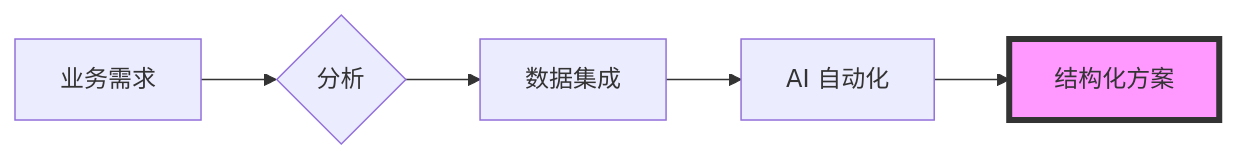
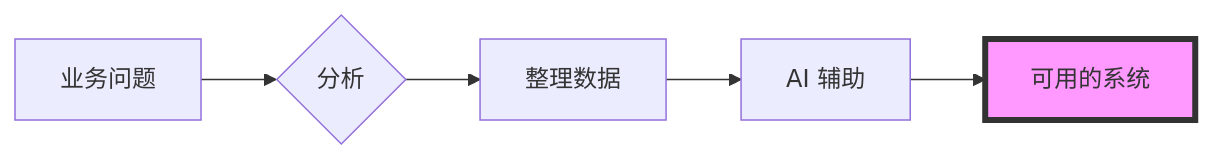
One commit to welltilln/welltilln changed the diagram in docs/README-ZH.md. Above: the diagram before and after it, drawn with Mermaid. The commit also changed other lines of this file and 3 other files, not shown here.

````diff
--- a/docs/README-ZH.md
+++ b/docs/README-ZH.md
@@ -116,9 +112,9 @@
 ```mermaid
 graph LR
-    A[业务需求] --> B{分析}
-    B --> C[数据集成]
-    C --> D[AI 自动化]
-    D --> E[结构化方案]
+    A[业务问题] --> B{分析}
+    B --> C[整理数据]
+    C --> D[AI 辅助]
+    D --> E[可用的系统]
     
     style E fill:#f9f,stroke:#333,stroke-width:4px
 ```
````
